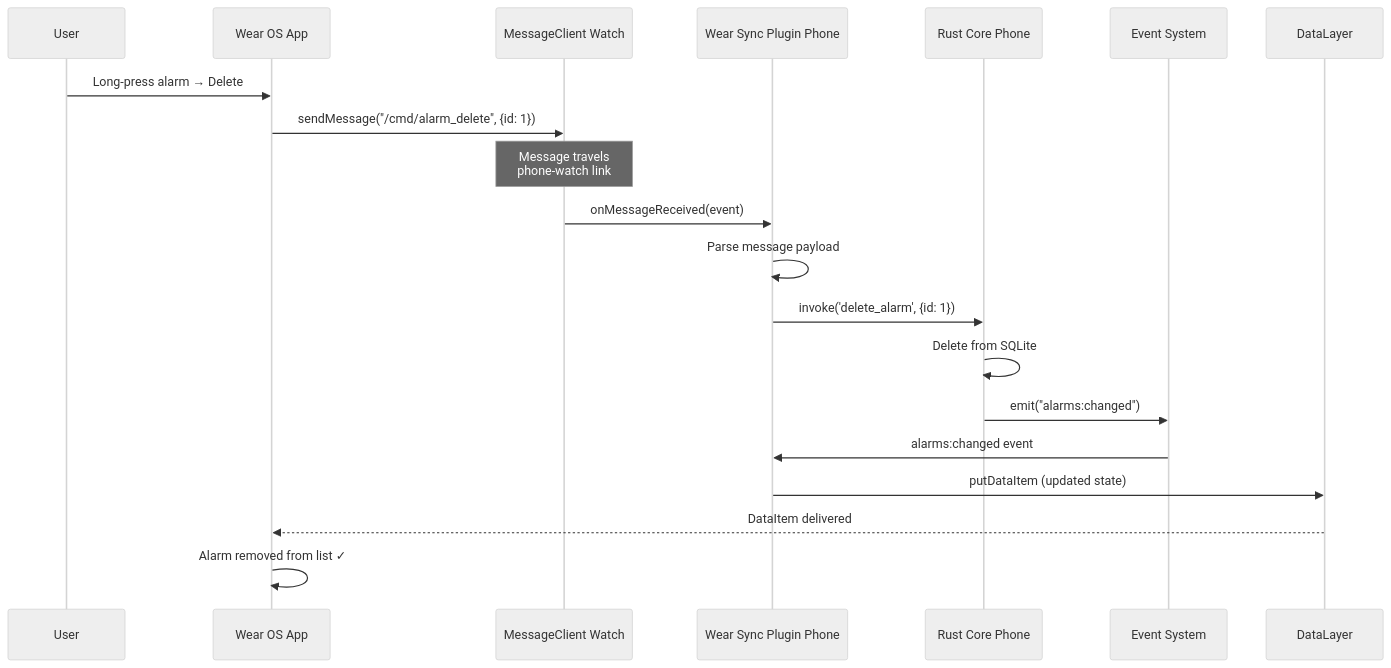
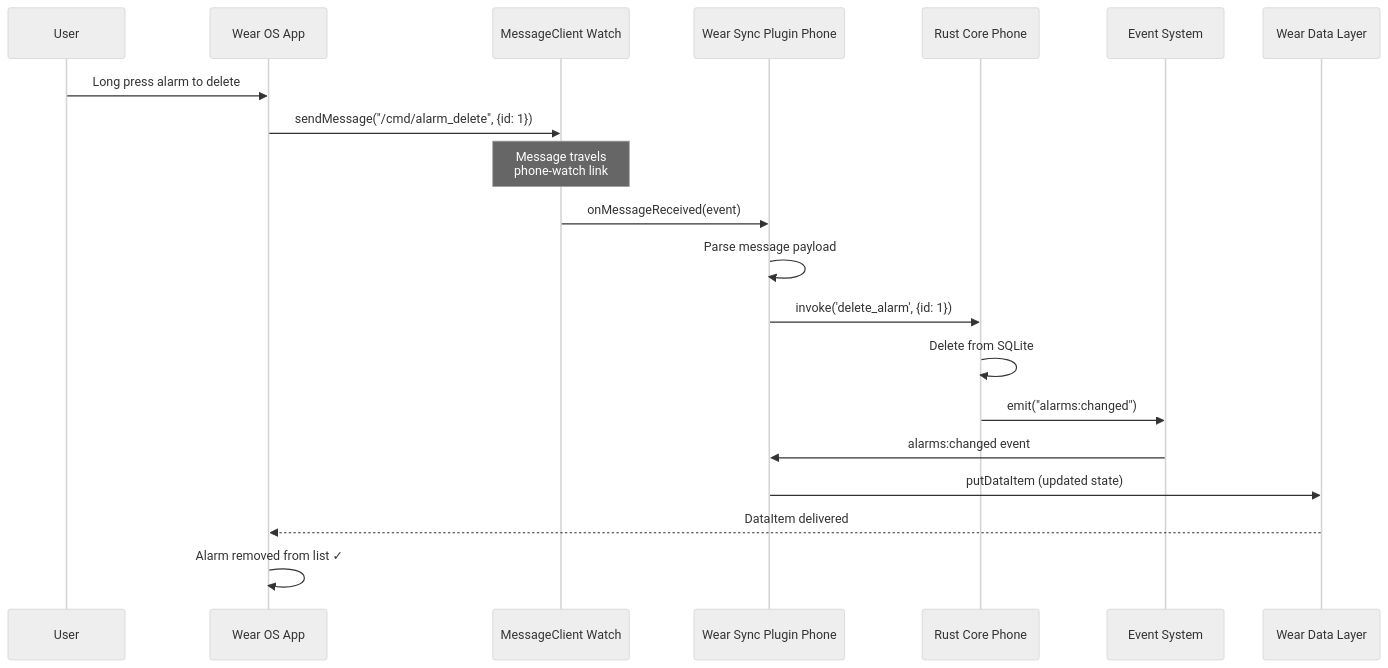
Before and after one commit to liminal-hq/threshold: diagram 15 of 32 in docs/architecture/flow-diagrams.md, drawn with Mermaid (neutral theme). The commit also changed other lines of this file, not shown here.

First line of the commit message:
fix: stabilise Mermaid sequence diagrams

````diff
--- a/docs/architecture/flow-diagrams.md
+++ b/docs/architecture/flow-diagrams.md
@@ -533,26 +542,27 @@
 ```mermaid
 sequenceDiagram
     participant User
     participant Watch as Wear OS App
     participant MessageClient as MessageClient Watch
     participant WearSync as Wear Sync Plugin Phone
     participant Rust as Rust Core Phone
     participant Events as Event System
+    participant DataLayer as Wear Data Layer
 
-    User->>Watch: Long-press alarm → Delete
+    User->>Watch: Long press alarm to delete
     Watch->>MessageClient: sendMessage("/cmd/alarm_delete", {id: 1})
     
     Note over MessageClient: Message travels<br/>phone-watch link
     
     MessageClient->>WearSync: onMessageReceived(event)
     WearSync->>WearSync: Parse message payload
     WearSync->>Rust: invoke('delete_alarm', {id: 1})
     
     Rust->>Rust: Delete from SQLite
     Rust->>Events: emit("alarms:changed")
     
     Events->>WearSync: alarms:changed event
     WearSync->>DataLayer: putDataItem (updated state)
     DataLayer-->>Watch: DataItem delivered
     Watch->>Watch: Alarm removed from list ✓
 ```
````
